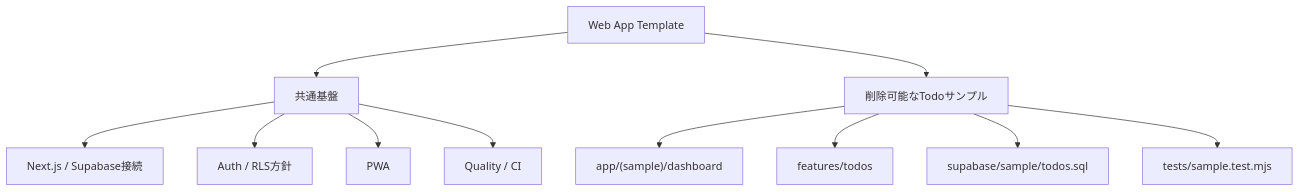
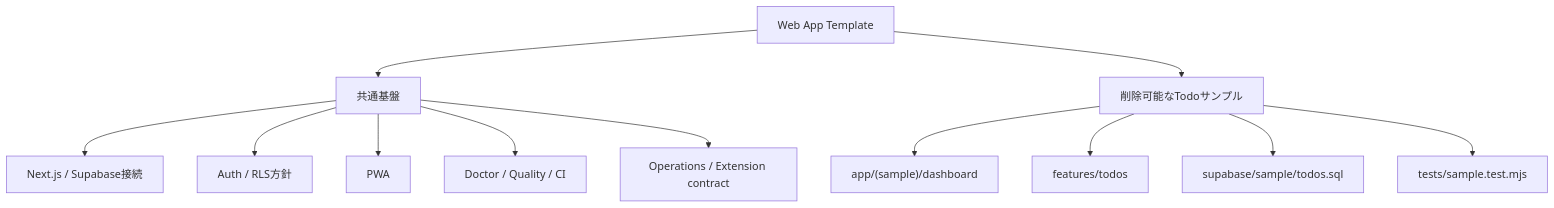
Before and after one commit to k-systems202208/nextjs-supabase-vercel-webapp-template: the second of 4 diagrams in README.md, drawn with Mermaid. The commit also changed other lines of this file and 9 other files, not shown here.

````diff
--- a/README.md
+++ b/README.md
@@ -52,15 +54,16 @@
 ```mermaid
 flowchart TD
     T["Web App Template"] --> K["共通基盤"]
     T --> S["削除可能なTodoサンプル"]
 
     K --> K1["Next.js / Supabase接続"]
     K --> K2["Auth / RLS方針"]
     K --> K3["PWA"]
-    K --> K4["Quality / CI"]
+    K --> K4["Doctor / Quality / CI"]
+    K --> K5["Operations / Extension contract"]
 
     S --> S1["app/(sample)/dashboard"]
     S --> S2["features/todos"]
     S --> S3["supabase/sample/todos.sql"]
     S --> S4["tests/sample.test.mjs"]
 ```
````
